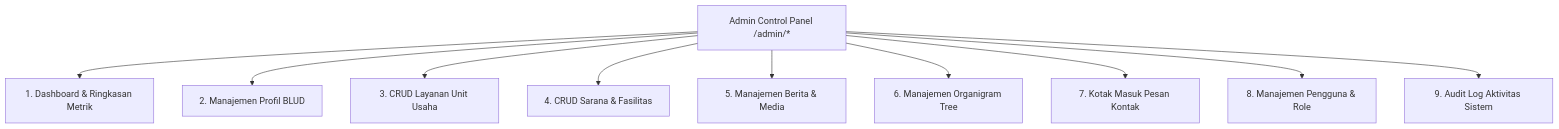
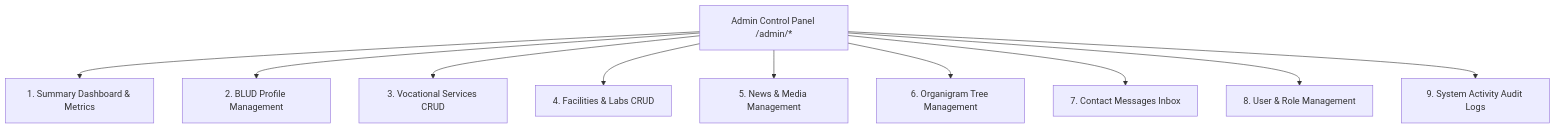
The second of 2 diagrams in document/features.md (zan-ux/BLUD_SMKN2PURWAKARTA), drawn with Mermaid before and after one commit. The commit also changed other lines of this file and 7 other files, not shown here.

Commit message:
modified:   README.md 	modified:   document/README.md 	modified:   document/api.md 	modified:   document/architecture.md 	modified:   document/auth.md 	modified:   document/database.md 	modified:   document/features.md 	modified:   document/setup.md

````diff
--- a/document/features.md
+++ b/document/features.md
@@ -92,14 +92,14 @@
 ```mermaid
 graph TD
     AdminPanel[Admin Control Panel /admin/*]
     
-    AdminPanel --> Dash[1. Dashboard & Ringkasan Metrik]
-    AdminPanel --> ProfileAdmin[2. Manajemen Profil BLUD]
-    AdminPanel --> ServiceAdmin[3. CRUD Layanan Unit Usaha]
-    AdminPanel --> FacilityAdmin[4. CRUD Sarana & Fasilitas]
-    AdminPanel --> NewsAdmin[5. Manajemen Berita & Media]
-    AdminPanel --> OrgAdmin[6. Manajemen Organigram Tree]
-    AdminPanel --> MsgAdmin[7. Kotak Masuk Pesan Kontak]
-    AdminPanel --> UserAdmin[8. Manajemen Pengguna & Role]
-    AdminPanel --> LogAdmin[9. Audit Log Aktivitas Sistem]
+    AdminPanel --> Dash[1. Summary Dashboard & Metrics]
+    AdminPanel --> ProfileAdmin[2. BLUD Profile Management]
+    AdminPanel --> ServiceAdmin[3. Vocational Services CRUD]
+    AdminPanel --> FacilityAdmin[4. Facilities & Labs CRUD]
+    AdminPanel --> NewsAdmin[5. News & Media Management]
+    AdminPanel --> OrgAdmin[6. Organigram Tree Management]
+    AdminPanel --> MsgAdmin[7. Contact Messages Inbox]
+    AdminPanel --> UserAdmin[8. User & Role Management]
+    AdminPanel --> LogAdmin[9. System Activity Audit Logs]
 ```
````
